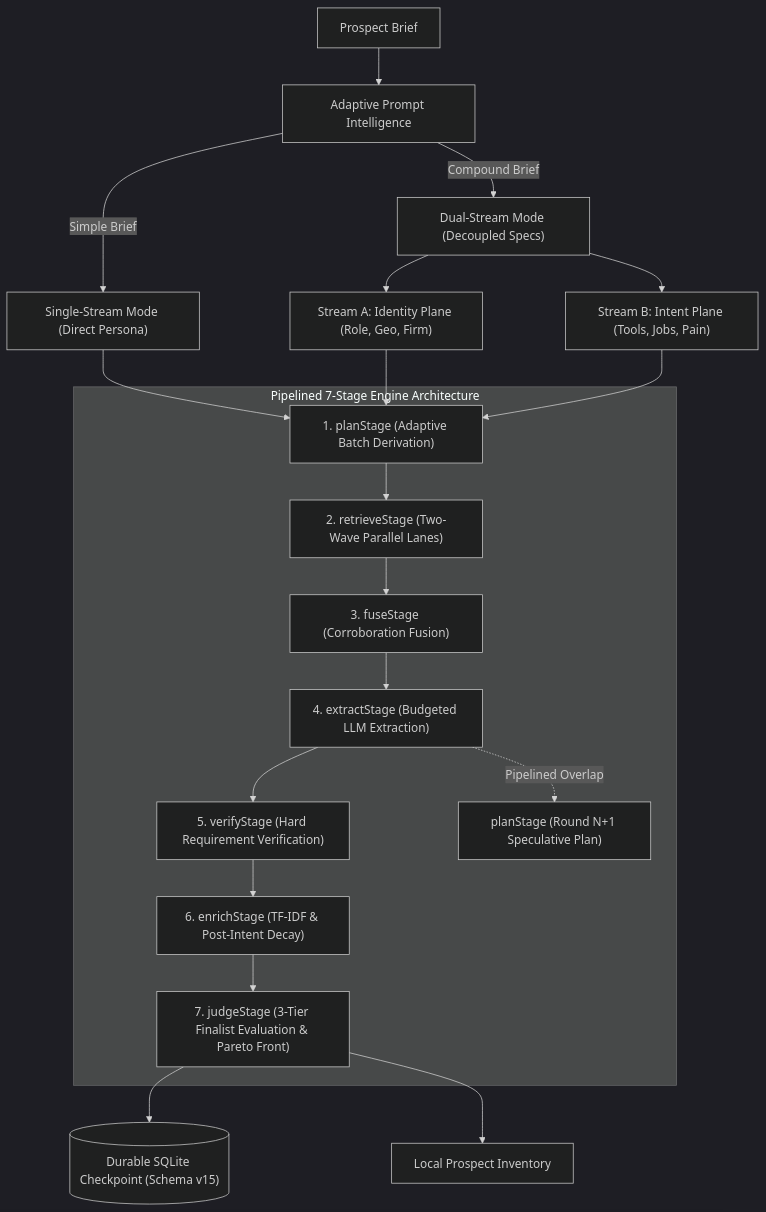
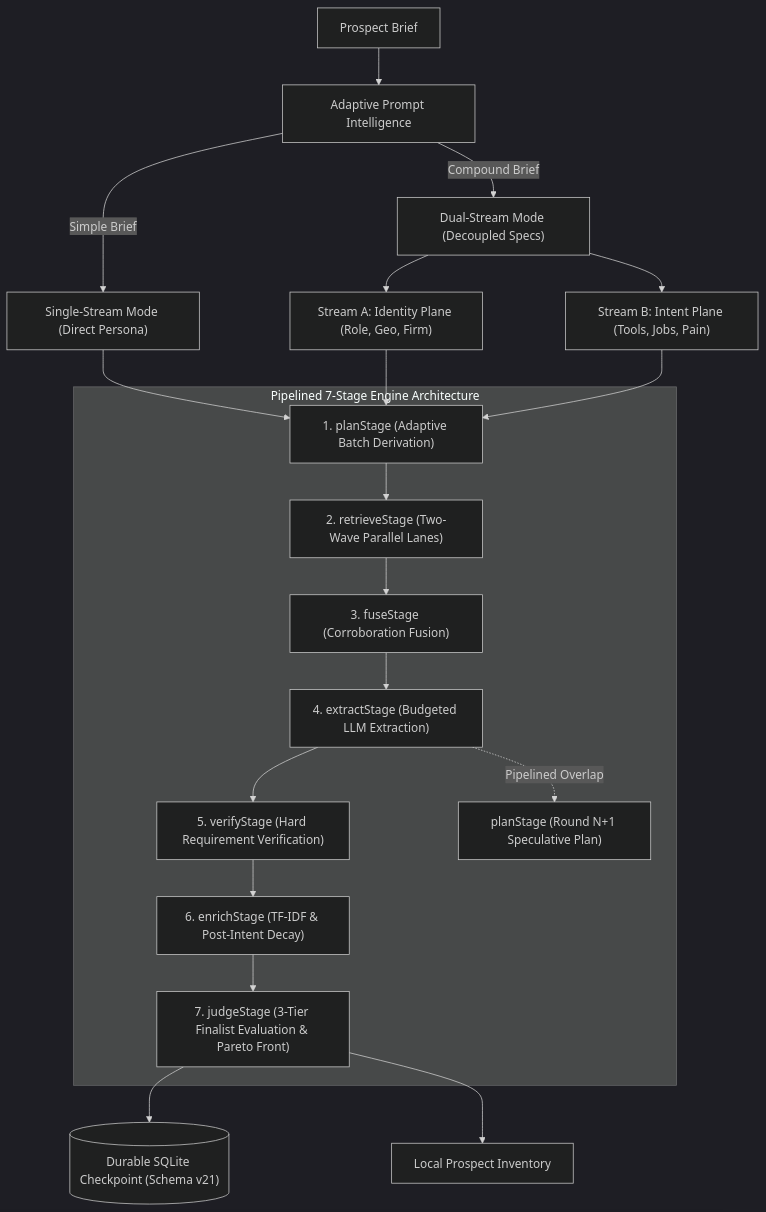
One commit to AliasHolmes/Apex-CRM changed the first of 2 diagrams in README.md. Above: the diagram before and after it, drawn with Mermaid (dark theme). The commit also changed other lines of this file and 29 other files, not shown here.

````diff
--- a/README.md
+++ b/README.md
@@ -40,28 +40,28 @@
 ```mermaid
 flowchart TD
     Brief["Prospect Brief"] --> Classifier["Adaptive Prompt Intelligence"]
     Classifier -->|Simple Brief| StreamIdentity["Single-Stream Mode (Direct Persona)"]
     Classifier -->|Compound Brief| StreamDual["Dual-Stream Mode (Decoupled Specs)"]
     StreamDual --> StreamA["Stream A: Identity Plane (Role, Geo, Firm)"]
     StreamDual --> StreamB["Stream B: Intent Plane (Tools, Jobs, Pain)"]
 
     subgraph Stages ["Pipelined 7-Stage Engine Architecture"]
         Plan["1. planStage (Adaptive Batch Derivation)"]
         Retrieve["2. retrieveStage (Two-Wave Parallel Lanes)"]
         Fuse["3. fuseStage (Corroboration Fusion)"]
         Extract["4. extractStage (Budgeted LLM Extraction)"]
         Verify["5. verifyStage (Hard Requirement Verification)"]
         Enrich["6. enrichStage (TF-IDF & Post-Intent Decay)"]
         Judge["7. judgeStage (3-Tier Finalist Evaluation & Pareto Front)"]
 
         Plan --> Retrieve --> Fuse --> Extract --> Verify --> Enrich --> Judge
         Extract -.->|Pipelined Overlap| PlanNext["planStage (Round N+1 Speculative Plan)"]
     end
 
     StreamIdentity --> Plan
     StreamA --> Plan
     StreamB --> Plan
 
-    Judge --> Checkpoint[("Durable SQLite Checkpoint (Schema v15)")]
+    Judge --> Checkpoint[("Durable SQLite Checkpoint (Schema v21)")]
     Judge --> Inventory["Local Prospect Inventory"]
 ```
````
